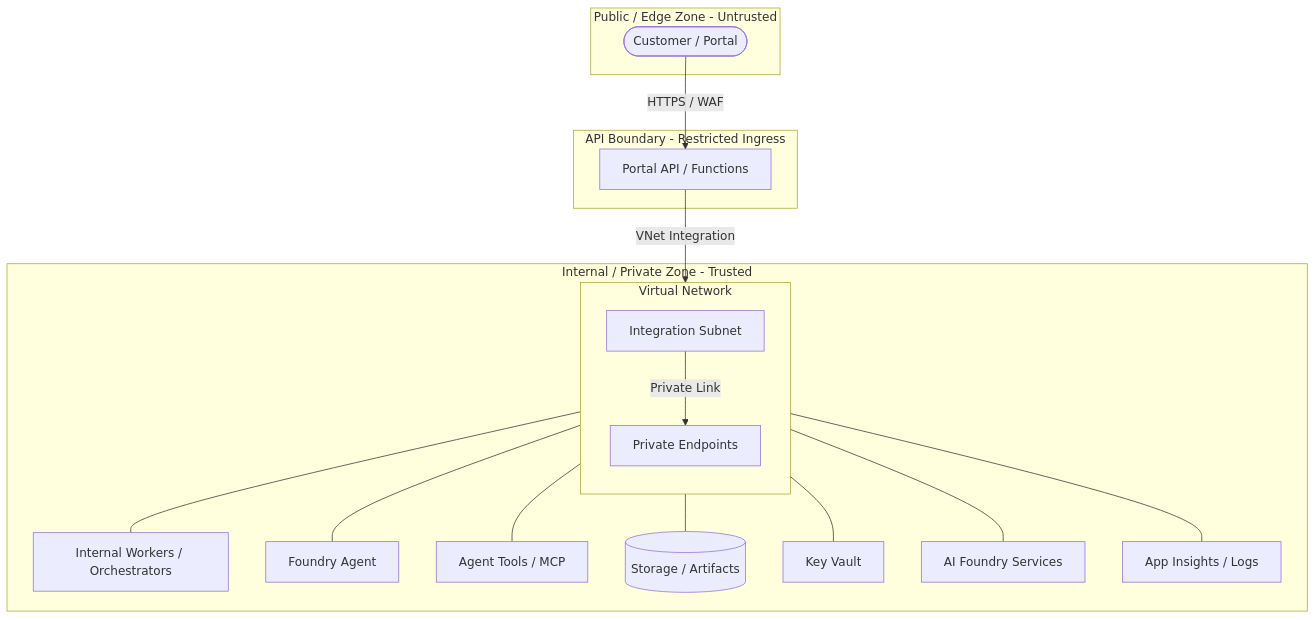
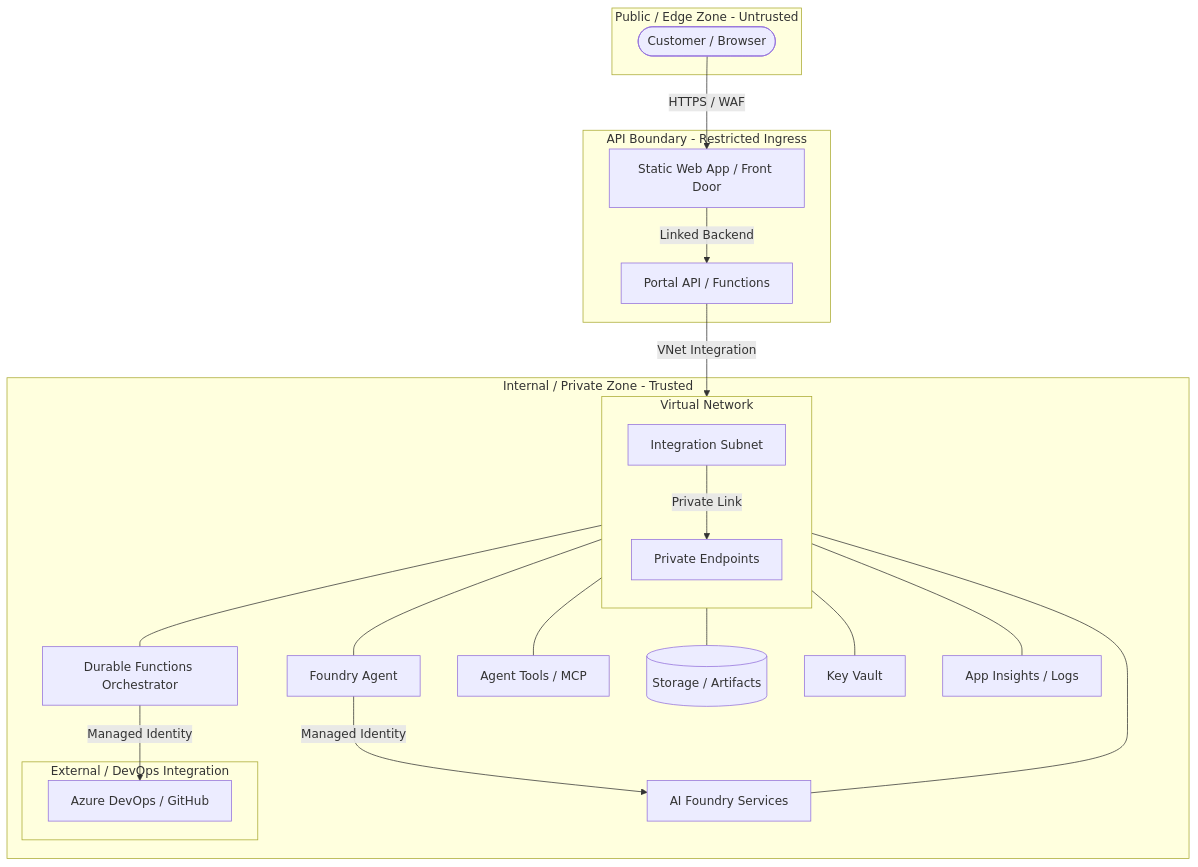
The diagram in building-blocks/security/network-boundary-notes/README.md (wildersa/azure_ref_kit), drawn with Mermaid before and after one commit. The commit also changed other lines of this file and 1 other file, not shown here.

First line of the commit message:
docs: define practical Azure network boundary notes

````diff
--- a/building-blocks/security/network-boundary-notes/README.md
+++ b/building-blocks/security/network-boundary-notes/README.md
@@ -9,37 +9,46 @@
 ```mermaid
 flowchart TD
     subgraph PublicZone [Public / Edge Zone - Untrusted]
-        User([Customer / Portal])
+        User([Customer / Browser])
     end
 
     subgraph APIBoundary [API Boundary - Restricted Ingress]
+        SWA[Static Web App / Front Door]
         API[Portal API / Functions]
     end
 
     subgraph InternalZone [Internal / Private Zone - Trusted]
         subgraph VNet [Virtual Network]
             direction TB
             PE[Private Endpoints]
             Subnet[Integration Subnet]
         end
 
-        Workers[Internal Workers / Orchestrators]
+        Orchestrator[Durable Functions Orchestrator]
         Agent[Foundry Agent]
         Tools[Agent Tools / MCP]
         Storage[(Storage / Artifacts)]
         KV[Key Vault]
         AI[AI Foundry Services]
         Logs[App Insights / Logs]
+
+        subgraph ExternalIntegration [External / DevOps Integration]
+            DevOps[Azure DevOps / GitHub]
+        end
     end
 
-    User -->|HTTPS / WAF| API
+    User -->|HTTPS / WAF| SWA
+    SWA -->|Linked Backend| API
     API -->|VNet Integration| Subnet
     Subnet -->|Private Link| PE
-    PE --- Workers
+    PE --- Orchestrator
     PE --- Agent
     PE --- Tools
     PE --- Storage
     PE --- KV
     PE --- AI
     PE --- Logs
+
+    Orchestrator -->|Managed Identity| DevOps
+    Agent -->|Managed Identity| AI
 ```
````
